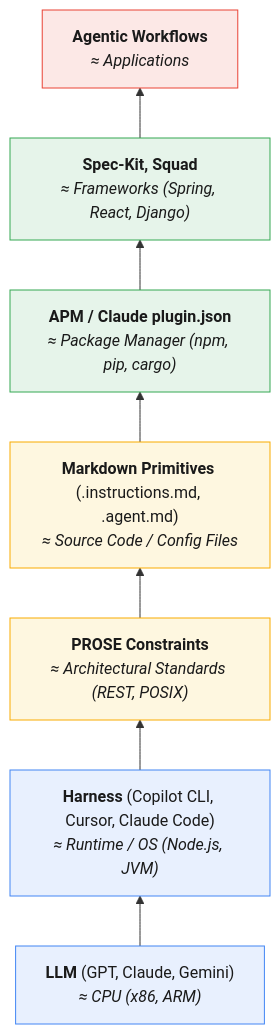
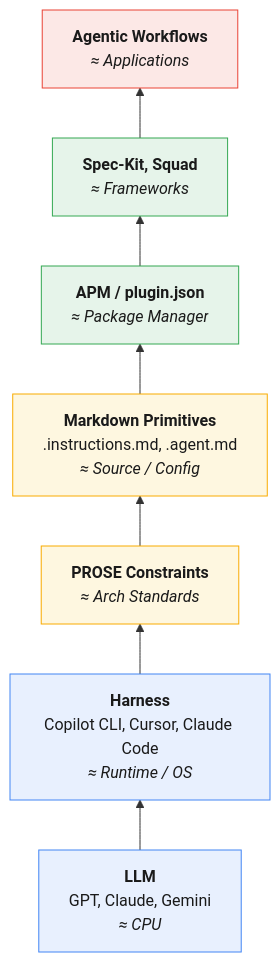
One commit to danielmeppiel/agentic-sdlc-handbook changed the third of 3 diagrams in handbook/ch04-the-reference-architecture.qmd. Above: the diagram before and after it, drawn with Mermaid. The commit also changed 10 other files, not shown here.

First line of the commit message:
fix: PDF formatting — compact TOC, fix diagrams, table formatting, hooks accuracy

````diff
--- a/handbook/ch04-the-reference-architecture.qmd
+++ b/handbook/ch04-the-reference-architecture.qmd
@@ -250,24 +250,24 @@
 ```{mermaid}
 %%| label: fig-agentic-stack
 %%| fig-cap: "The Agentic Computing Stack — seven layers mapping agentic components to their classical analogs."
-%%| fig-width: 7
-%%| fig-height: 6
+%%| fig-width: 5.5
+%%| fig-height: 5
 flowchart BT
-    L1["<b>LLM</b> (GPT, Claude, Gemini)<br/><i>≈ CPU (x86, ARM)</i>"]
-    L2["<b>Harness</b> (Copilot CLI, Cursor, Claude Code)<br/><i>≈ Runtime / OS (Node.js, JVM)</i>"]
-    L3["<b>PROSE Constraints</b><br/><i>≈ Architectural Standards (REST, POSIX)</i>"]
-    L4["<b>Markdown Primitives</b> (.instructions.md, .agent.md)<br/><i>≈ Source Code / Config Files</i>"]
-    L5["<b>APM / Claude plugin.json</b><br/><i>≈ Package Manager (npm, pip, cargo)</i>"]
-    L6["<b>Spec-Kit, Squad</b><br/><i>≈ Frameworks (Spring, React, Django)</i>"]
+    L1["<b>LLM</b><br/>GPT, Claude, Gemini<br/><i>≈ CPU</i>"]
+    L2["<b>Harness</b><br/>Copilot CLI, Cursor, Claude Code<br/><i>≈ Runtime / OS</i>"]
+    L3["<b>PROSE Constraints</b><br/><i>≈ Arch Standards</i>"]
+    L4["<b>Markdown Primitives</b><br/>.instructions.md, .agent.md<br/><i>≈ Source / Config</i>"]
+    L5["<b>APM / plugin.json</b><br/><i>≈ Package Manager</i>"]
+    L6["<b>Spec-Kit, Squad</b><br/><i>≈ Frameworks</i>"]
     L7["<b>Agentic Workflows</b><br/><i>≈ Applications</i>"]
 
     L1 --> L2 --> L3 --> L4 --> L5 --> L6 --> L7
 
     style L1 fill:#e8f0fe,stroke:#4285f4,color:#1a1a1a
     style L2 fill:#e8f0fe,stroke:#4285f4,color:#1a1a1a
     style L3 fill:#fef7e0,stroke:#f9ab00,color:#1a1a1a
     style L4 fill:#fef7e0,stroke:#f9ab00,color:#1a1a1a
     style L5 fill:#e6f4ea,stroke:#34a853,color:#1a1a1a
     style L6 fill:#e6f4ea,stroke:#34a853,color:#1a1a1a
     style L7 fill:#fce8e6,stroke:#ea4335,color:#1a1a1a
 ```
````
